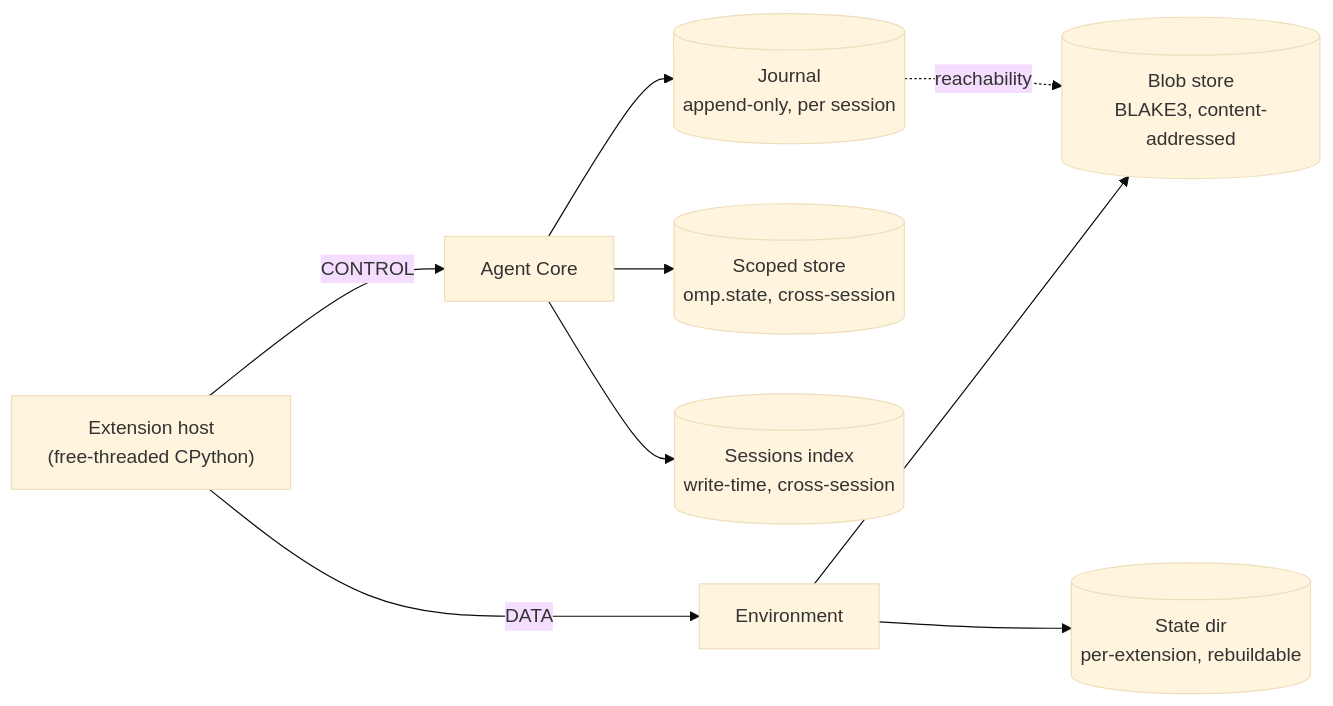
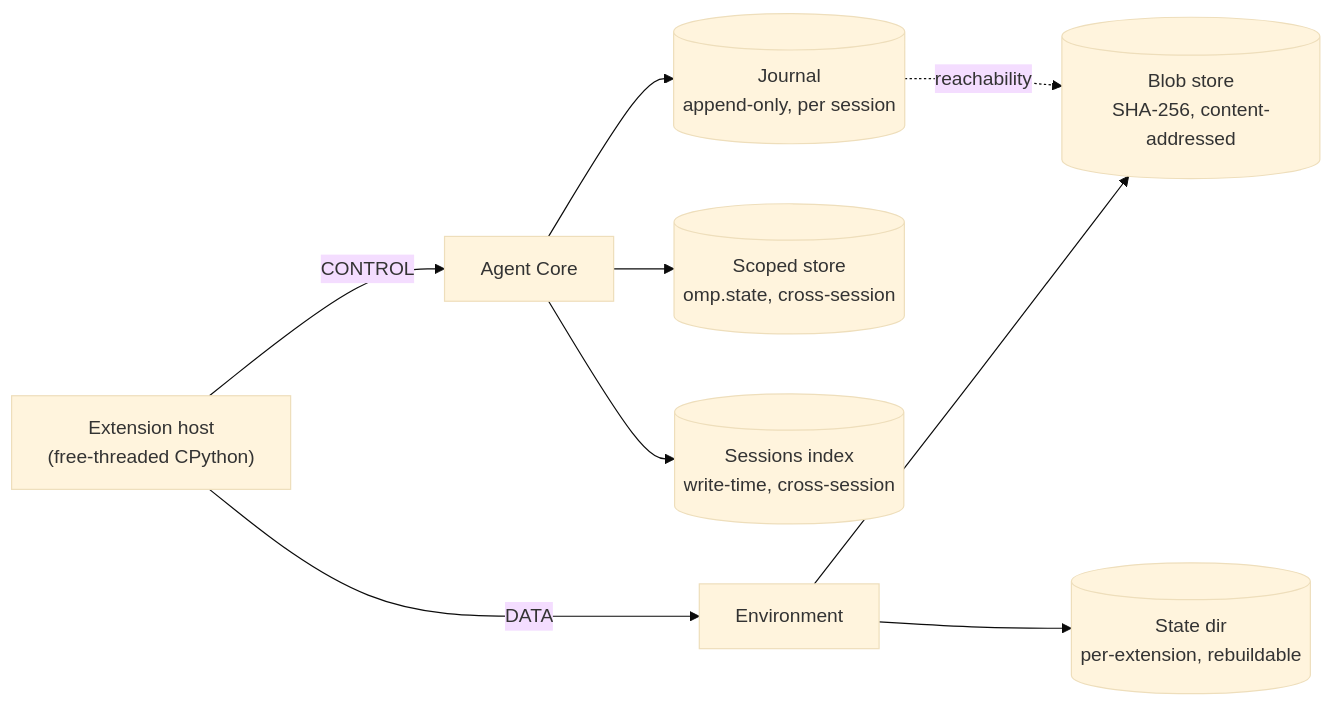
One commit to can1357/oh-my-pi changed the second of 2 diagrams in docs/py/09-journal.md. Above: the diagram before and after it, drawn with Mermaid (base theme). The commit also changed other lines of this file and 6 other files, not shown here.

````diff
--- a/docs/py/09-journal.md
+++ b/docs/py/09-journal.md
@@ -88,12 +88,12 @@
 ```mermaid
 flowchart LR
     EXT["Extension host<br/>(free-threaded CPython)"]
     EXT -->|CONTROL| CORE["Agent Core"]
     CORE --> JOURNAL[("Journal<br/>append-only, per session")]
     CORE --> SCOPED[("Scoped store<br/>omp.state, cross-session")]
     CORE --> INDEX[("Sessions index<br/>write-time, cross-session")]
     EXT -->|DATA| ENV["Environment"]
-    ENV --> BLOBS[("Blob store<br/>BLAKE3, content-addressed")]
+    ENV --> BLOBS[("Blob store<br/>SHA-256, content-addressed")]
     ENV --> STATE[("State dir<br/>per-extension, rebuildable")]
     JOURNAL -.->|"reachability"| BLOBS
 ```
````
